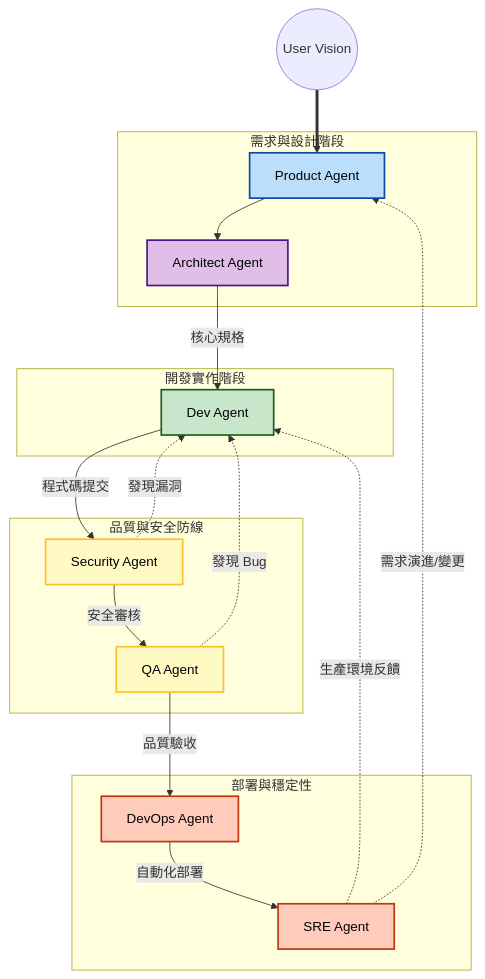
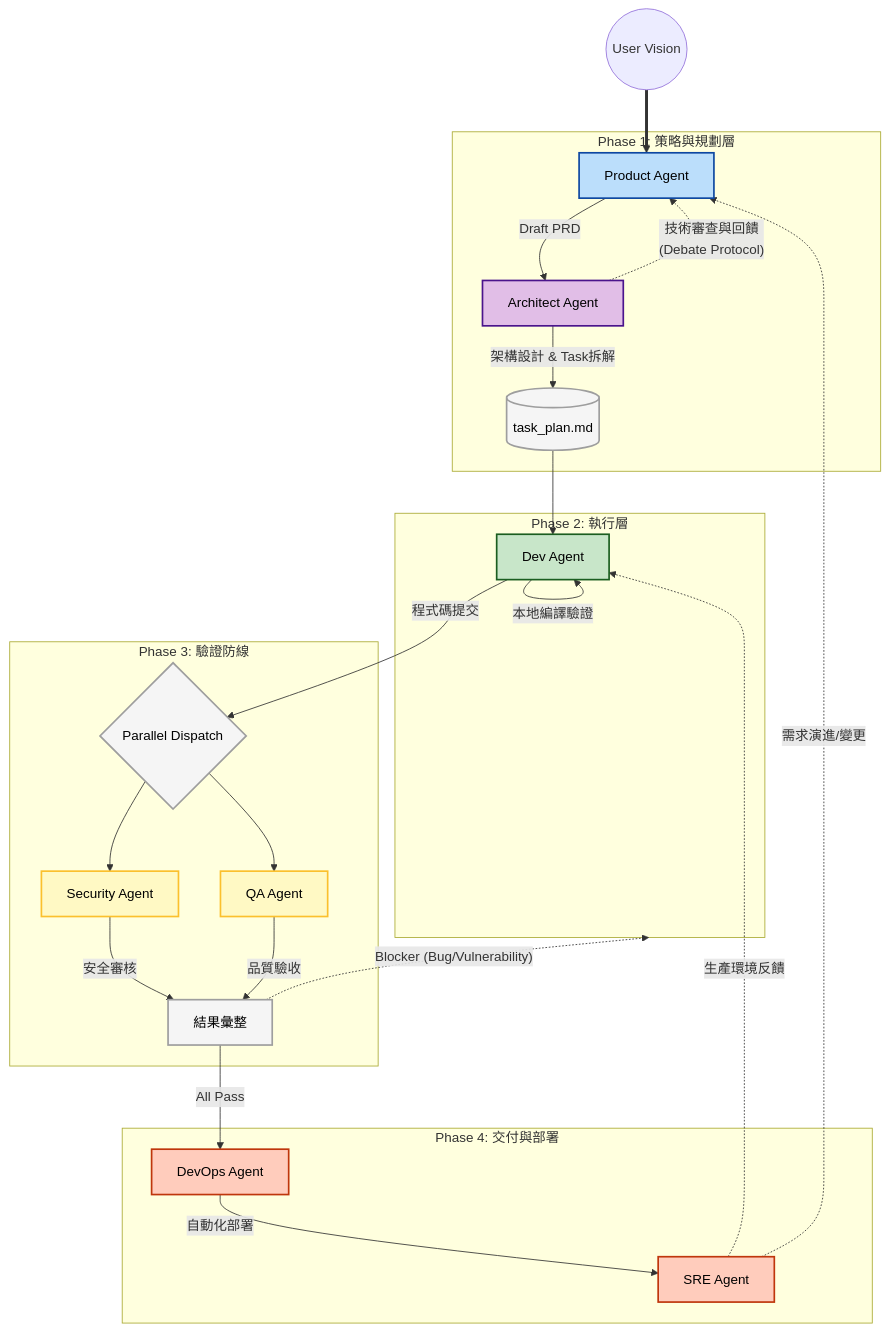
Before and after one commit to landy35p/ADLC-project: the diagram in docs/adlc/overview.md, drawn with Mermaid. The commit also changed other lines of this file and 1 other file, not shown here.

Commit message:
feat(adlc): 引入階層式多代理人架構與 ADLC workflow
1. 更新 docs/adlc/overview.md 以反映 Planning/Execution/Validation/Delivery 分層架構與 Debate Protocol。2. 新增 .agents/workflows/adlc-pipeline.md 定義具體的 Slash Command 自動化工作流。

````diff
--- a/docs/adlc/overview.md
+++ b/docs/adlc/overview.md
@@ -9,43 +9,50 @@
 ```mermaid
 graph TD
     User((User Vision)) ==> PM
 
-    subgraph Planning [需求與設計階段]
-        PM[Product Agent] --> Arch[Architect Agent]
+    subgraph Planning [Phase 1: 策略與規劃層]
+        PM[Product Agent] -- "Draft PRD" --> Arch[Architect Agent]
+        Arch -. "技術審查與回饋<br>(Debate Protocol)" .-> PM
+        Arch -- "架構設計 & Task拆解" --> TaskPlan[(task_plan.md)]
     end
 
-    subgraph Development [開發實作階段]
-        Arch -- "核心規格" --> Dev[Dev Agent]
+    subgraph Execution [Phase 2: 執行層]
+        TaskPlan --> Dev[Dev Agent]
+        Dev -- "本地編譯驗證" --> Dev
     end
 
-    subgraph Validation [品質與安全防線]
-        Dev -- "程式碼提交" --> Sec[Security Agent]
-        Sec -- "安全審核" --> QA[QA Agent]
+    subgraph Validation [Phase 3: 驗證防線]
+        Dev -- "程式碼提交" --> Dispatch{Parallel Dispatch}
+        Dispatch --> Sec[Security Agent]
+        Dispatch --> QA[QA Agent]
+        Sec -- "安全審核" --> Synthesis[結果彙整]
+        QA -- "品質驗收" --> Synthesis
     end
 
-    subgraph Delivery [部署與穩定性]
-        QA -- "品質驗收" --> DevOps[DevOps Agent]
+    subgraph Delivery [Phase 4: 交付與部署]
+        Synthesis -- "All Pass" --> DevOps[DevOps Agent]
         DevOps -- "自動化部署" --> SRE[SRE Agent]
     end
 
     %% 內部快速回饋循環 (Inner Loops)
-    Sec -. "發現漏洞" .-> Dev
-    QA -. "發現 Bug" .-> Dev
+    Synthesis -. "Blocker (Bug/Vulnerability)" .-> Execution
 
     %% 外部長期閉環 (Outer Loops)
     SRE -. "生產環境反饋" .-> Dev
     SRE -. "需求演進/變更" .-> PM
 
     %% 樣式美化 (High Contrast for Light/Dark Modes)
     classDef primary fill:#bbdefb,stroke:#0d47a1,stroke-width:2px,color:#000;
     classDef secondary fill:#e1bee7,stroke:#4a148c,stroke-width:2px,color:#000;
     classDef success fill:#c8e6c9,stroke:#1b5e20,stroke-width:2px,color:#000;
     classDef warning fill:#fff9c4,stroke:#fbc02d,stroke-width:2px,color:#000;
     classDef danger fill:#ffccbc,stroke:#bf360c,stroke-width:2px,color:#000;
+    classDef neutral fill:#f5f5f5,stroke:#9e9e9e,stroke-width:2px,color:#000;
 
     class PM primary;
     class Arch secondary;
     class Dev success;
     class Sec,QA warning;
     class DevOps,SRE danger;
+    class Dispatch,Synthesis,TaskPlan neutral;
 ```
````
